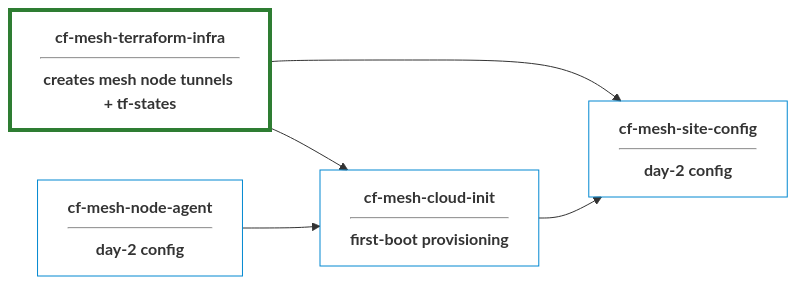
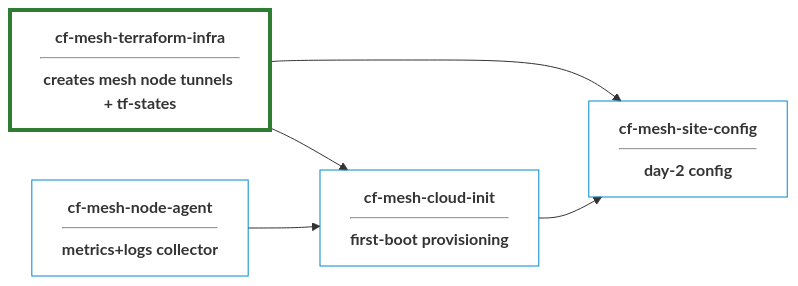
The diagram in README.md (prometejs/cf-mesh-terraform-infra), drawn with Mermaid before and after one commit.

Commit message:
update typo

````diff
--- a/README.md
+++ b/README.md
@@ -7,24 +7,24 @@
 ```mermaid
 graph LR
     %% Style definitions
     classDef default fill:transparent,stroke:#333,stroke-width:1px;
     classDef linkNode fill:transparent,stroke:#0288d1,stroke-width:1px,font-weight:bold;
     classDef activeLinkNodeClass fill:transparent,stroke:#2e7d32,stroke-width:4px,font-weight:bold;
 
     %% Diagram nodes
     T["cf-mesh-terraform-infra<br/><hr/>creates mesh node tunnels + tf-states"]:::activeLinkNodeClass
     C["cf-mesh-cloud-init<br/><hr/>first-boot provisioning"]:::linkNode
     A["cf-mesh-site-config<br/><hr/>day-2 config"]:::linkNode
-    N["cf-mesh-node-agent<br/><hr/>day-2 config"]:::linkNode
+    N["cf-mesh-node-agent<br/><hr/>metrics+logs collector"]:::linkNode
 
     %% Flow connections with text notes
     T --> C
     T --> A
     C --> A
     N --> C
 
     %% Clickable hyperlinks (Fixed with 'href')
     click C href "https://github.com/prometejs/cf-mesh-cloud-init" "Open Cloud-Init Repo"
     click A href "https://github.com/prometejs/cf-mesh-site-config" "Open Ansible Repo"
     click N href "https://github.com/prometejs/cf-mesh-node-agent" "Node Agent Repo"
 ```
````
